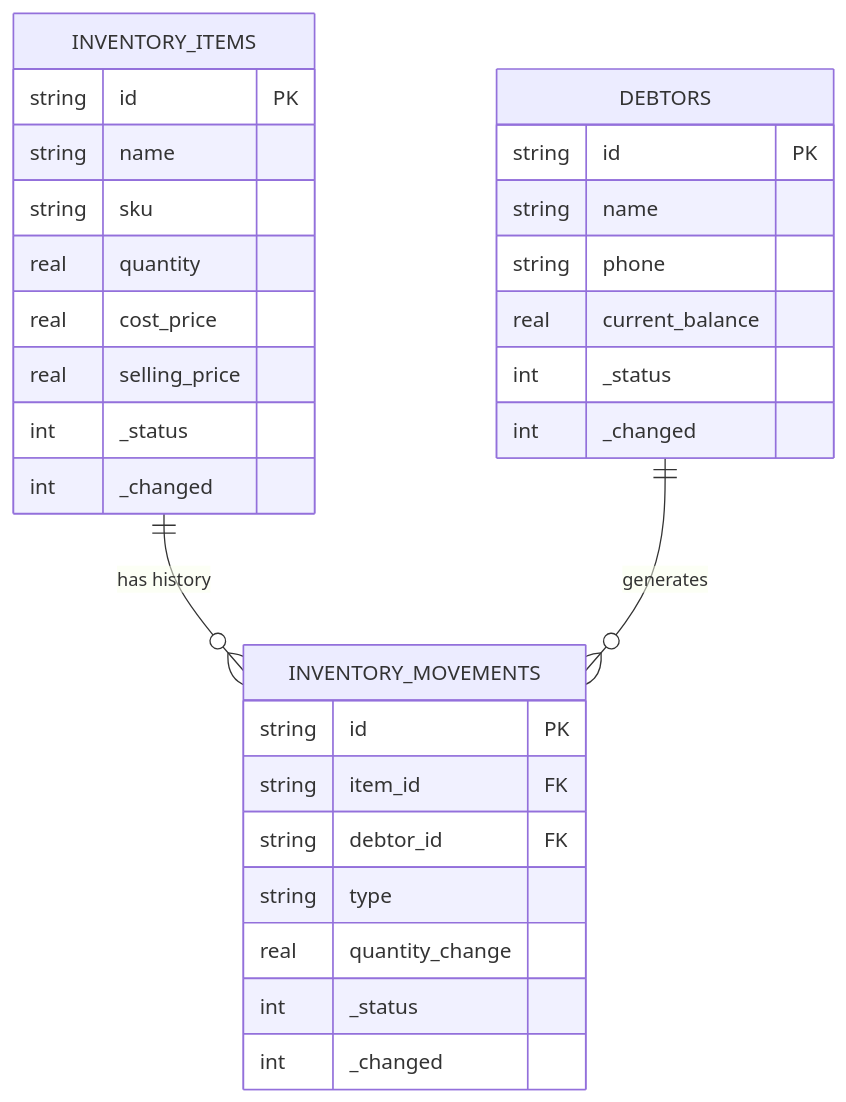
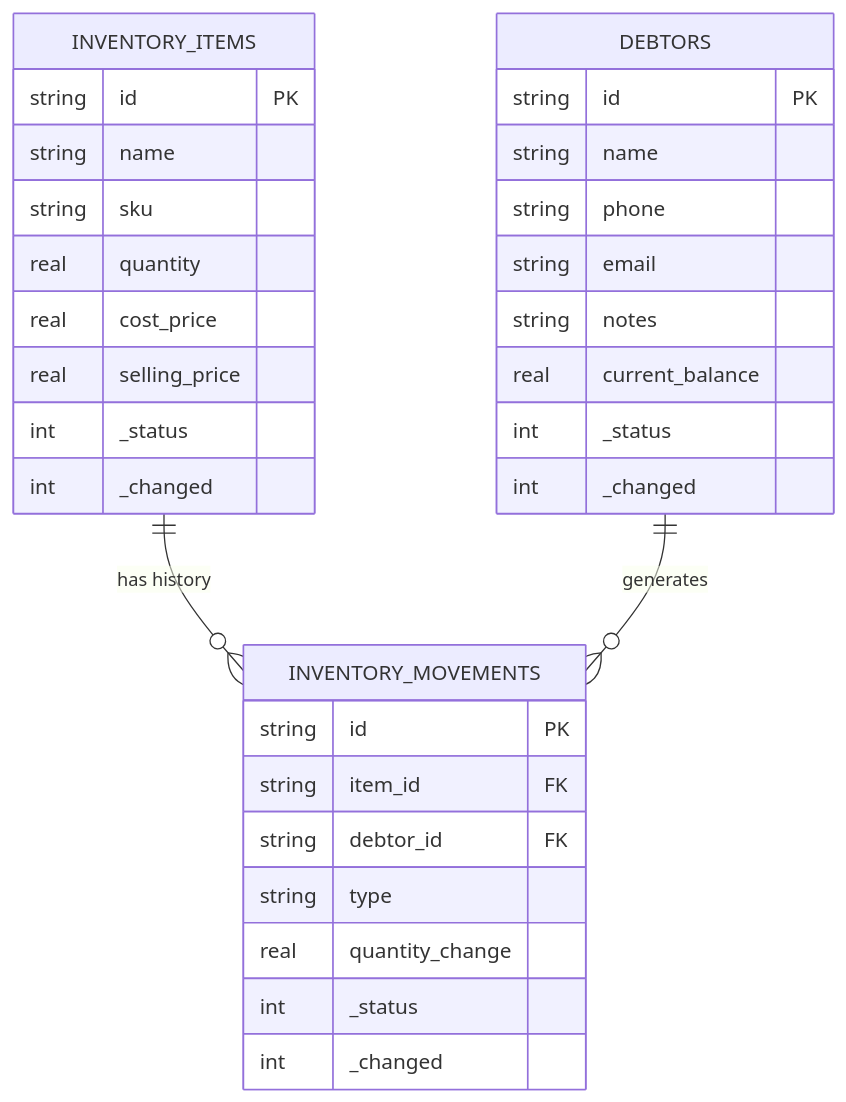
Before and after one commit to polterware/uru: the diagram in docs/DATABASE_SCHEMA.md, drawn with Mermaid. The commit also changed other lines of this file and 2 other files, not shown here.

````diff
--- a/docs/DATABASE_SCHEMA.md
+++ b/docs/DATABASE_SCHEMA.md
@@ -27,35 +27,37 @@
 ```mermaid
 erDiagram
     INVENTORY_ITEMS ||--o{ INVENTORY_MOVEMENTS : "has history"
     DEBTORS ||--o{ INVENTORY_MOVEMENTS : "generates"
 
     INVENTORY_ITEMS {
         string id PK
         string name
         string sku
         real quantity
         real cost_price
         real selling_price
         int _status
         int _changed
     }
 
     DEBTORS {
         string id PK
         string name
         string phone
+        string email
+        string notes
         real current_balance
         int _status
         int _changed
     }
 
     INVENTORY_MOVEMENTS {
         string id PK
         string item_id FK
         string debtor_id FK
         string type
         real quantity_change
         int _status
         int _changed
     }
 ```
````
